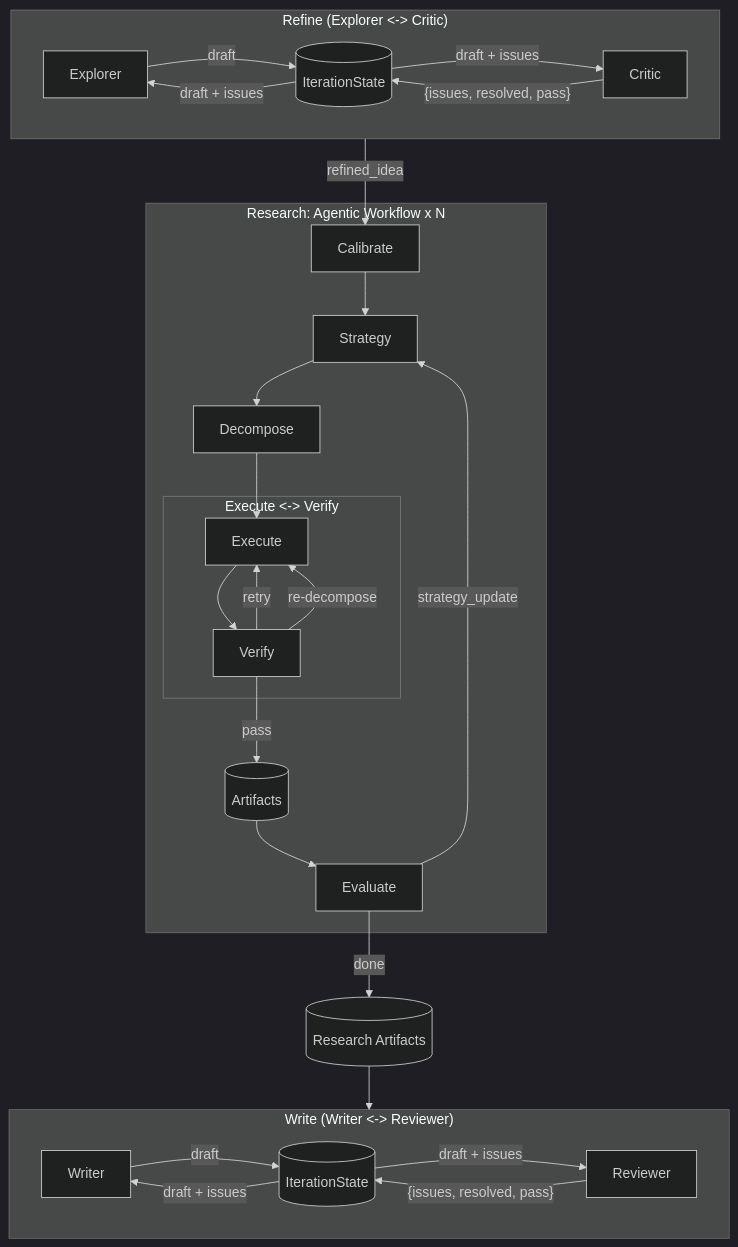
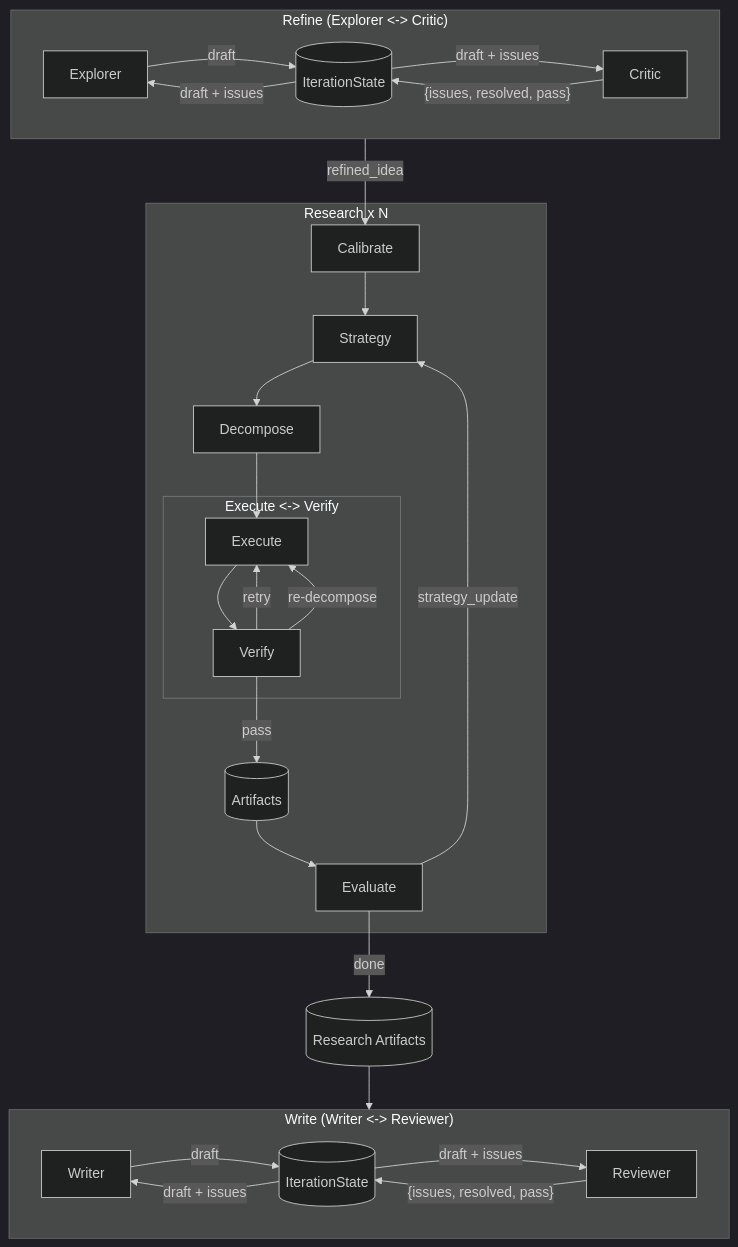
One commit to dozybot001/MAARS changed the diagram in docs/CN/architecture.md. Above: the diagram before and after it, drawn with Mermaid (dark theme). The commit also changed other lines of this file and 5 other files, not shown here.

````diff
--- a/docs/CN/architecture.md
+++ b/docs/CN/architecture.md
@@ -39,37 +39,37 @@
 ```mermaid
 flowchart TB
     subgraph Refine ["Refine (Explorer <-> Critic)"]
         RE[Explorer] -- "draft" --> IS1[(IterationState)]
         IS1 -- "draft + issues" --> RC[Critic]
         RC -- "{issues, resolved, pass}" --> IS1
         IS1 -- "draft + issues" --> RE
     end
 
     Refine -- "refined_idea" --> Calibrate
 
-    subgraph Research ["Research: Agentic Workflow x N"]
+    subgraph Research ["Research x N"]
         Calibrate --> Strategy
         Strategy --> D1["Decompose"]
         D1 --> Execute
 
         subgraph Loop ["Execute <-> Verify"]
             Execute --> Verify
             Verify -- "retry" --> Execute
             Verify -- "re-decompose" --> Execute
         end
 
         Verify -- "pass" --> Artifacts[(Artifacts)]
         Artifacts --> Evaluate
         Evaluate -- "strategy_update" --> Strategy
     end
 
     Evaluate -- "done" --> RArt[(Research Artifacts)]
     RArt --> Write
 
     subgraph Write ["Write (Writer <-> Reviewer)"]
         WW[Writer] -- "draft" --> IS2[(IterationState)]
         IS2 -- "draft + issues" --> WR[Reviewer]
         WR -- "{issues, resolved, pass}" --> IS2
         IS2 -- "draft + issues" --> WW
     end
 ```
````
